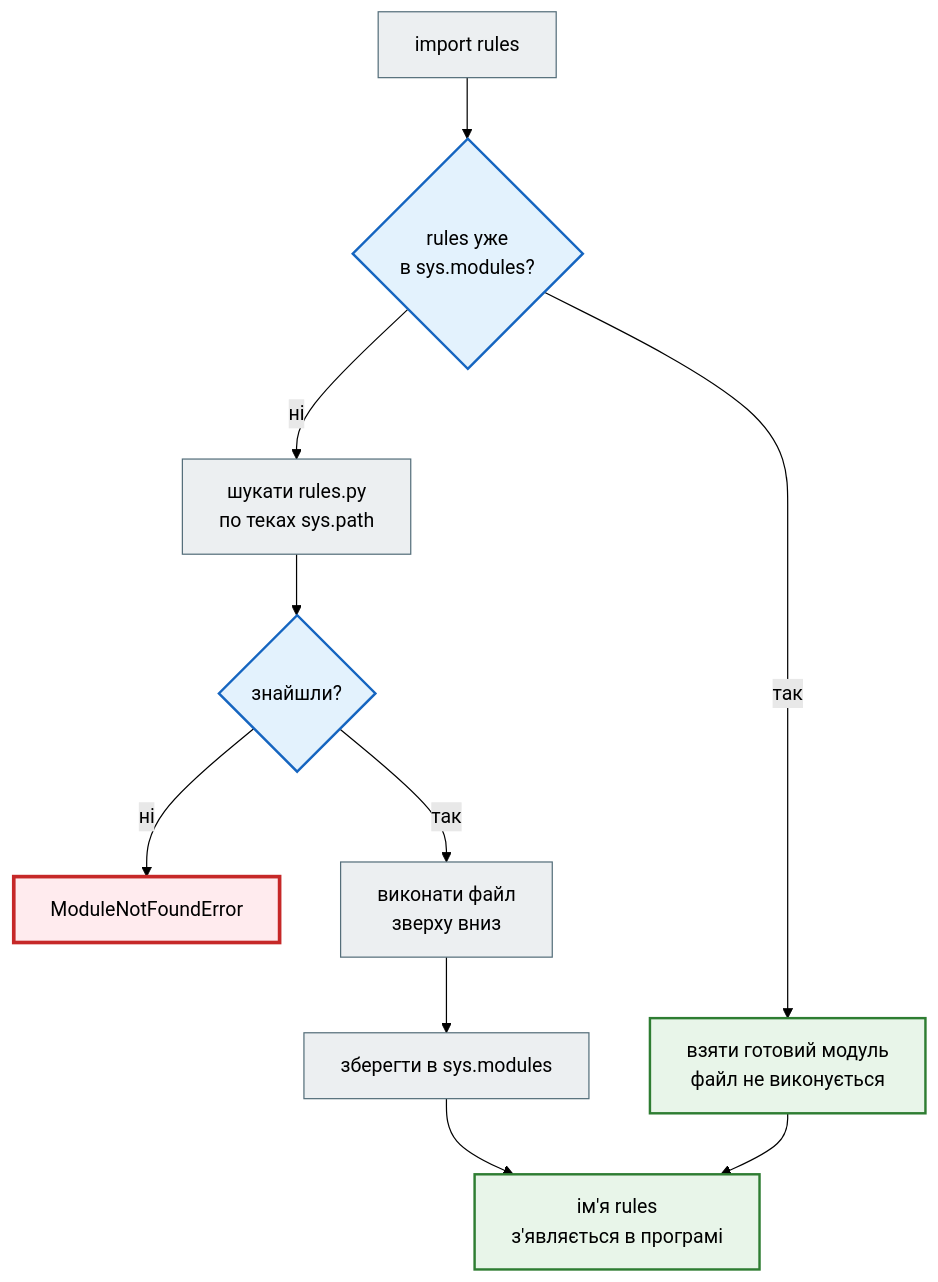
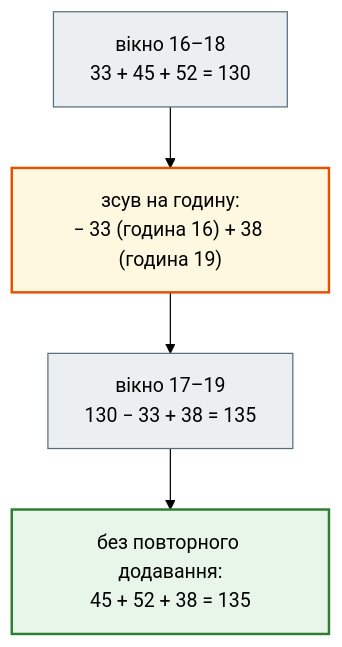
The fourth of 4 diagrams in docs/modules/m1/lesson_12.md (AlinaRadchenko/PY-Course-Victor-Nikoriak-22-09-2026), drawn with Mermaid (forest theme) before and after one commit. The commit also changed other lines of this file and 1846 other files, not shown here.

````diff
--- a/docs/modules/m1/lesson_12.md
+++ b/docs/modules/m1/lesson_12.md
@@ -184,23 +410,16 @@
 ```mermaid
 flowchart TD
     classDef step     fill:#eceff1,stroke:#546e7a,stroke-width:1px;
     classDef decision fill:#e3f2fd,stroke:#1565c0,stroke-width:2px;
     classDef success  fill:#e8f5e9,stroke:#2e7d32,stroke-width:2px;
     classDef error    fill:#ffebee,stroke:#c62828,stroke-width:3px;
     classDef warning  fill:#fff8e1,stroke:#e65100,stroke-width:2px;
 
-    A["import rules"] --> B{"rules уже<br>в sys.modules?"}
-    B -- так --> F["взяти готовий модуль<br>файл не виконується"]
-    B -- ні --> C["шукати rules.py<br>по теках sys.path"]
-    C --> D{"знайшли?"}
-    D -- ні --> E["ModuleNotFoundError"]
-    D -- так --> G["виконати файл<br>зверху вниз"]
-    G --> H["зберегти в sys.modules"]
-    H --> I["ім'я rules<br>з'являється в програмі"]
-    F --> I
+    A["вікно 16–18<br>33 + 45 + 52 = 130"] --> B["зсув на годину:<br>− 33 (година 16) + 38 (година 19)"]
+    B --> C["вікно 17–19<br>130 − 33 + 38 = 135"]
+    C --> D["без повторного додавання:<br>45 + 52 + 38 = 135"]
 
-    class A,C,G,H step
-    class B,D decision
-    class E error
-    class F,I success
+    class A,C step
+    class B warning
+    class D success
 ```
````
